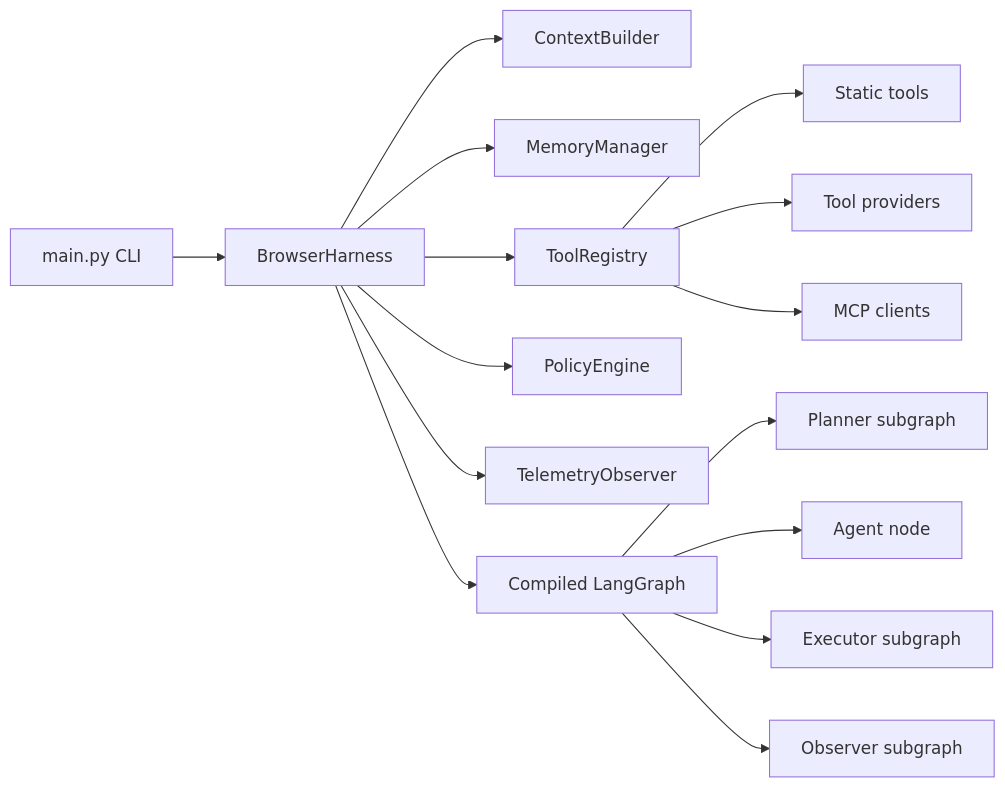
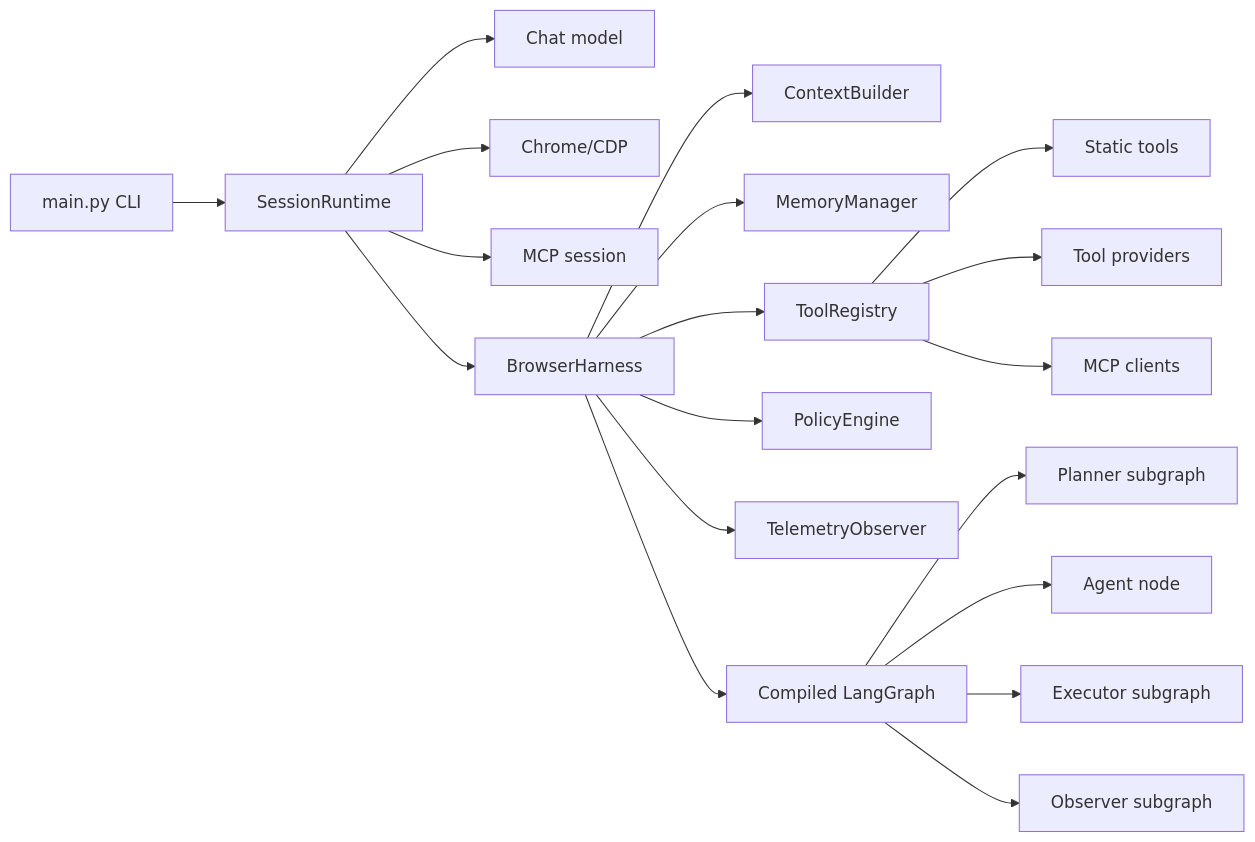
One commit to Hastur456/AutoBrowser changed the diagram in docs/diagrams/harness-boundaries.md. Above: the diagram before and after it, drawn with Mermaid. The commit also changed other lines of this file and 13 other files, not shown here.

First line of the commit message:
feat(harness): add long-lived session runtime

````diff
--- a/docs/diagrams/harness-boundaries.md
+++ b/docs/diagrams/harness-boundaries.md
@@ -6,17 +7,21 @@
 ```mermaid
 flowchart LR
-  CLI[main.py CLI] --> Harness[BrowserHarness]
+  CLI[main.py CLI] --> Session[SessionRuntime]
+  Session --> LLM[Chat model]
+  Session --> Chrome[Chrome/CDP]
+  Session --> MCPRuntime[MCP session]
+  Session --> Harness[BrowserHarness]
   Harness --> Context[ContextBuilder]
   Harness --> Memory[MemoryManager]
   Harness --> Tools[ToolRegistry]
   Harness --> Policy[PolicyEngine]
   Harness --> Telemetry[TelemetryObserver]
   Harness --> Graph[Compiled LangGraph]
   Tools --> StaticTools[Static tools]
   Tools --> Providers[Tool providers]
   Tools --> MCP[MCP clients]
   Graph --> Planner[Planner subgraph]
   Graph --> Agent[Agent node]
   Graph --> Executor[Executor subgraph]
   Graph --> Observer[Observer subgraph]
 ```
````
